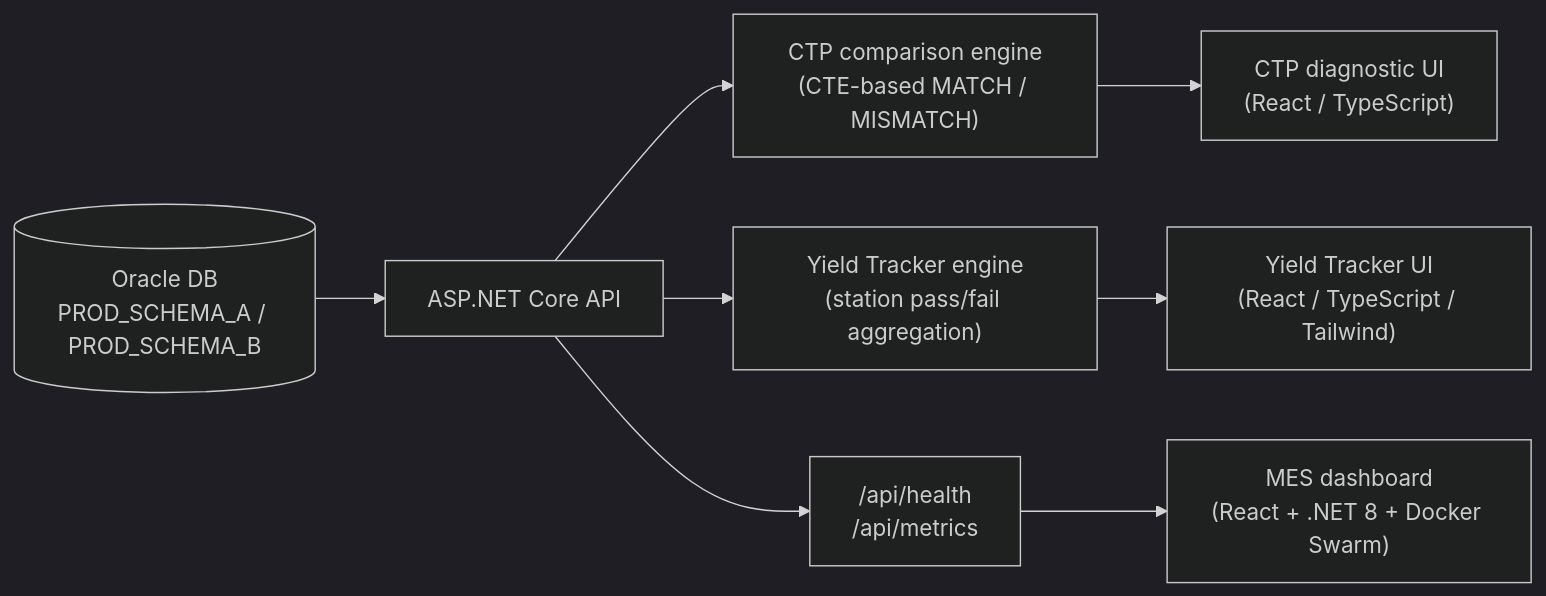
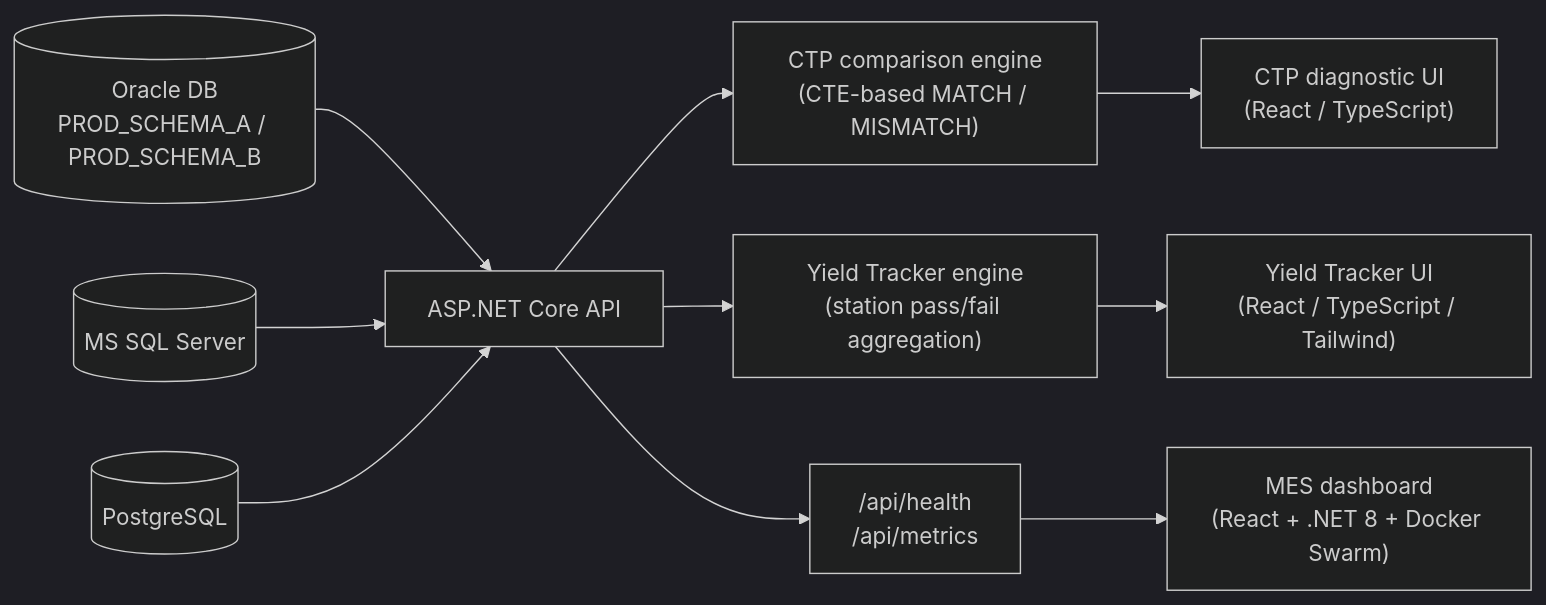
One commit to raven-clown/raven-clown changed the fourth of 13 diagrams in README.md. Above: the diagram before and after it, drawn with Mermaid (dark theme). The commit also changed 1 other file, not shown here.

Commit message:
CTP tool also reads MS SQL Server and PostgreSQL

````diff
--- a/README.md
+++ b/README.md
@@ -291,10 +291,12 @@
 ```mermaid
 flowchart LR
     Oracle[("Oracle DB\nPROD_SCHEMA_A / PROD_SCHEMA_B")] --> API["ASP.NET Core API"]
+    MSSQL[("MS SQL Server")] --> API
+    PG[("PostgreSQL")] --> API
     API --> CTP["CTP comparison engine\n(CTE-based MATCH / MISMATCH)"]
     API --> Yield["Yield Tracker engine\n(station pass/fail aggregation)"]
     API --> Metrics["/api/health\n/api/metrics"]
     CTP --> UI1["CTP diagnostic UI\n(React / TypeScript)"]
     Yield --> UI3["Yield Tracker UI\n(React / TypeScript / Tailwind)"]
     Metrics --> UI2["MES dashboard\n(React + .NET 8 + Docker Swarm)"]
 ```
````
